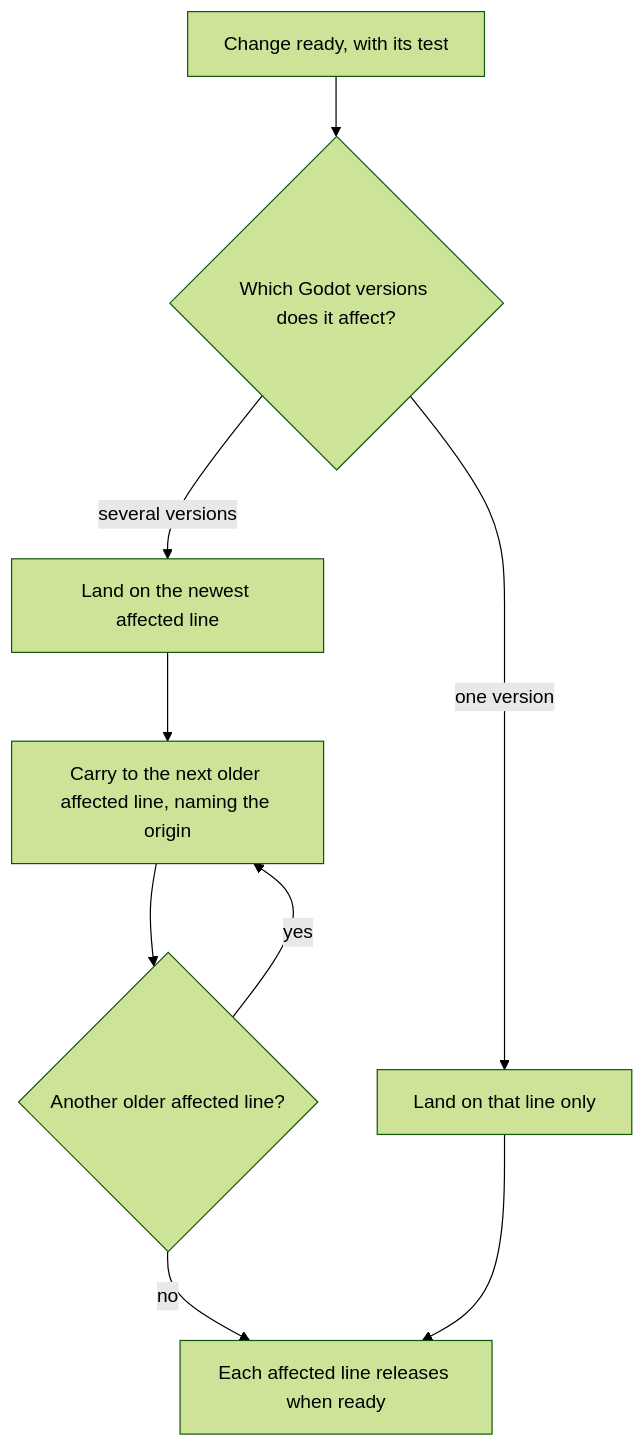
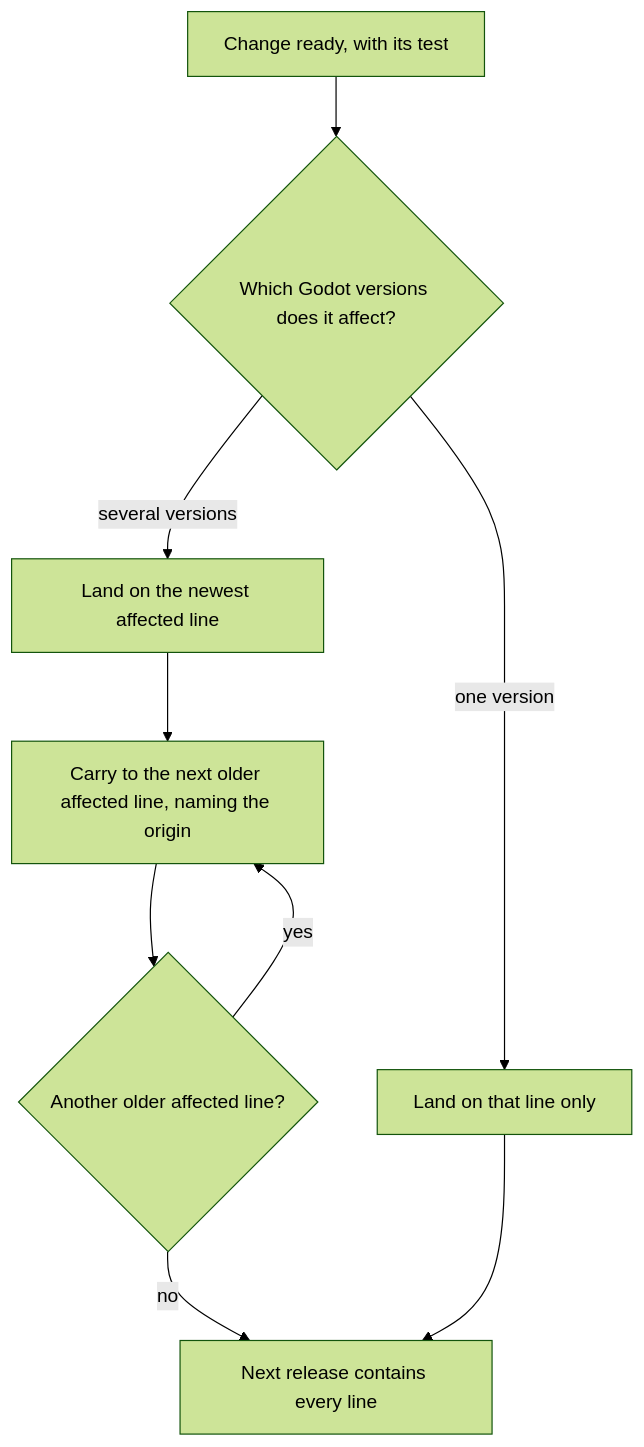
Before and after one commit to theromis/godot-mcp: the first of 2 diagrams in .design/main/specifications/l1-release-lines.md, drawn with Mermaid (forest theme). The commit also changed other lines of this file and 5 other files, not shown here.

Commit message:
docs(design): specify one release holding every Godot line

````diff
--- a/.design/main/specifications/l1-release-lines.md
+++ b/.design/main/specifications/l1-release-lines.md
@@ -66,11 +68,11 @@
 ```mermaid
 graph TD
     A[Change ready, with its test] --> B{Which Godot versions does it affect?}
     B -->|one version| C[Land on that line only]
     B -->|several versions| D[Land on the newest affected line]
     D --> E[Carry to the next older affected line, naming the origin]
     E --> F{Another older affected line?}
     F -->|yes| E
-    F -->|no| G[Each affected line releases when ready]
+    F -->|no| G[Next release contains every line]
     C --> G
 ```
````
